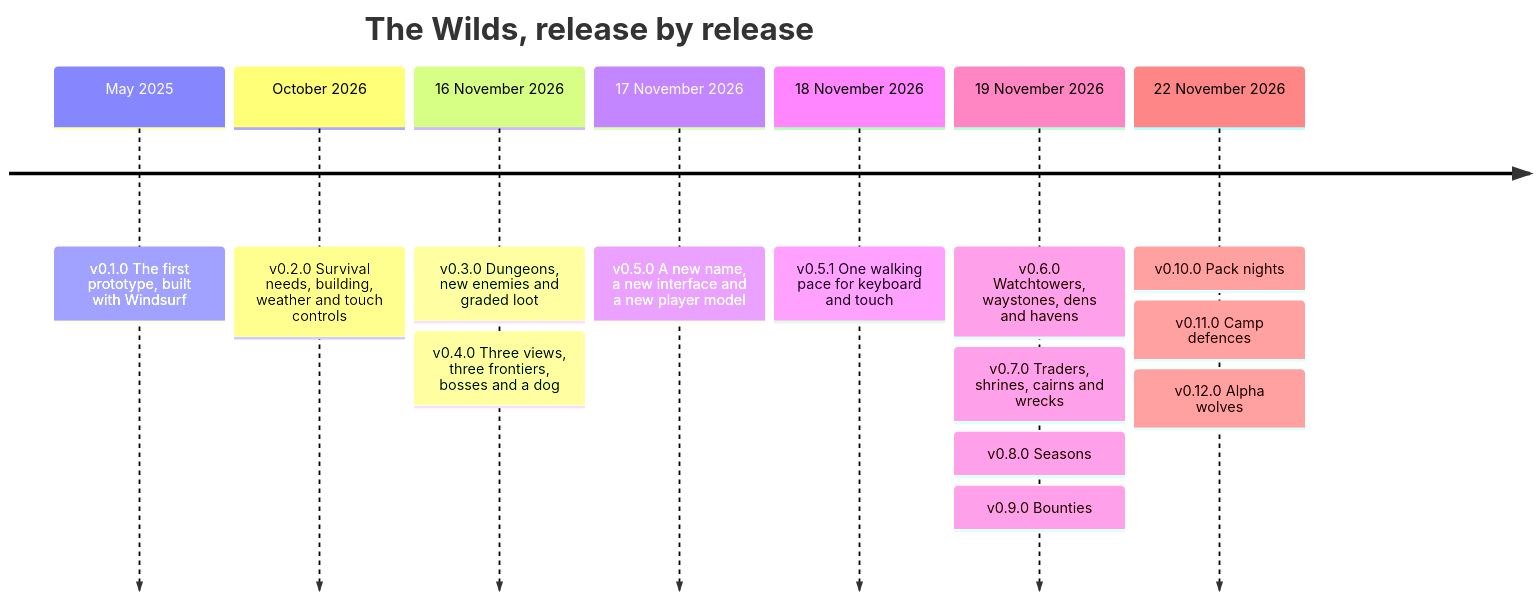
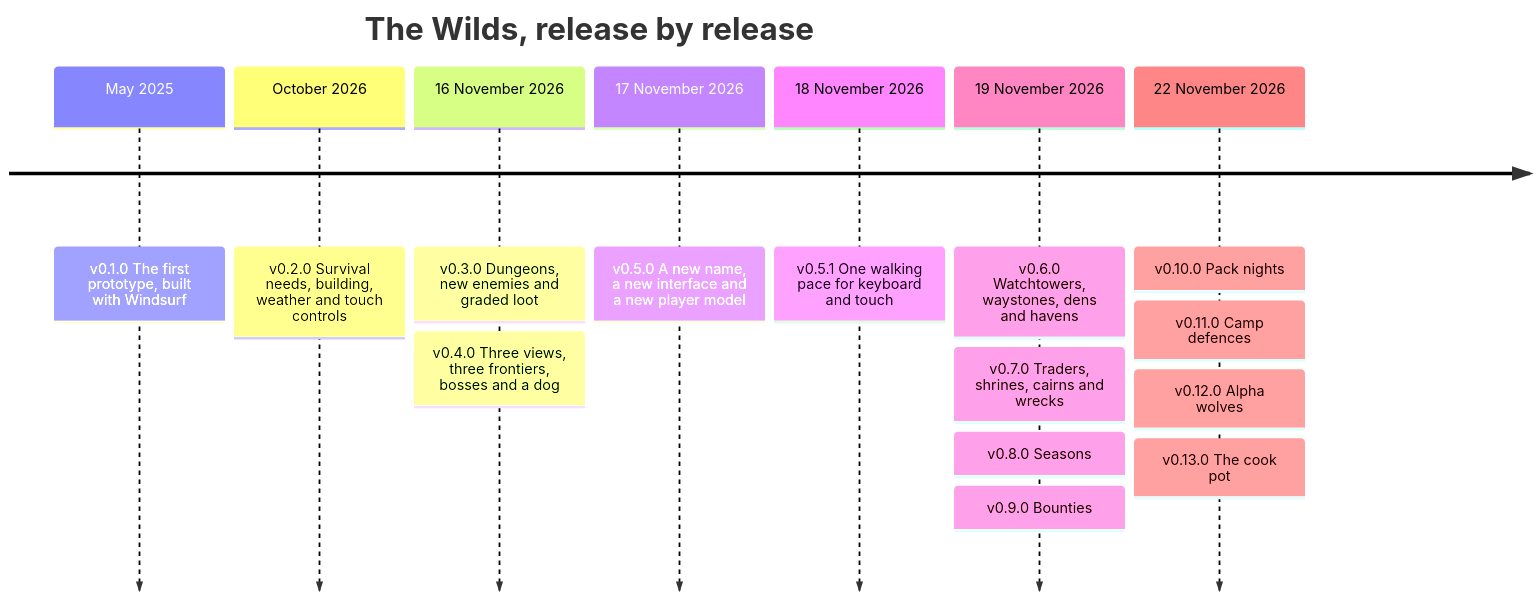
Before and after one commit to CptNope/Survival-Game: the fifth of 5 diagrams in README.md, drawn with Mermaid. The commit also changed other lines of this file and 13 other files, not shown here.

First line of the commit message:
Add the cook pot: stews cooked two servings at a time and carried

````diff
--- a/README.md
+++ b/README.md
@@ -567,17 +579,18 @@
 ```mermaid
 timeline
     title The Wilds, release by release
     May 2025 : v0.1.0 The first prototype, built with Windsurf
     October 2026 : v0.2.0 Survival needs, building, weather and touch controls
     16 November 2026 : v0.3.0 Dungeons, new enemies and graded loot
                      : v0.4.0 Three views, three frontiers, bosses and a dog
     17 November 2026 : v0.5.0 A new name, a new interface and a new player model
     18 November 2026 : v0.5.1 One walking pace for keyboard and touch
     19 November 2026 : v0.6.0 Watchtowers, waystones, dens and havens
                      : v0.7.0 Traders, shrines, cairns and wrecks
                      : v0.8.0 Seasons
                      : v0.9.0 Bounties
     22 November 2026 : v0.10.0 Pack nights
                      : v0.11.0 Camp defences
                      : v0.12.0 Alpha wolves
+                     : v0.13.0 The cook pot
 ```
````
